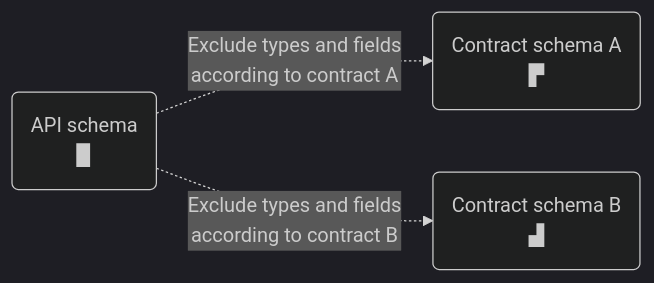
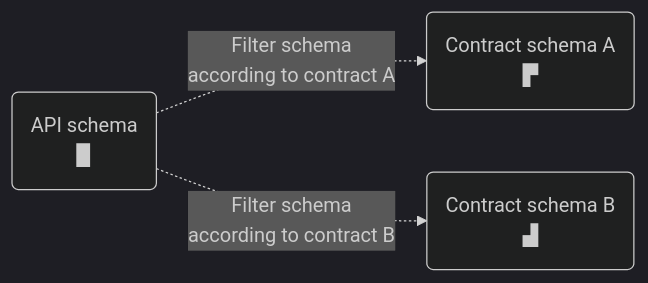
Before and after one commit to apollographql/apollo: the first of 2 diagrams in studio-docs/source/contracts.mdx, drawn with Mermaid (dark theme). The commit also changed other lines of this file and 1 other file, not shown here.

````diff
--- a/studio-docs/source/contracts.mdx
+++ b/studio-docs/source/contracts.mdx
@@ -13,8 +13,8 @@
 ```mermaid
 graph LR;
   api("API schema<br/>▉");
   contractA("Contract schema A<br/>▛");
   contractB("Contract schema B<br/>▟")
-  api -."Exclude types and fields<br/>according to contract A".->contractA
-  api -."Exclude types and fields<br/>according to contract B".->contractB
+  api -."Filter schema<br/>according to contract A".->contractA
+  api -."Filter schema<br/>according to contract B".->contractB
 ```
````
